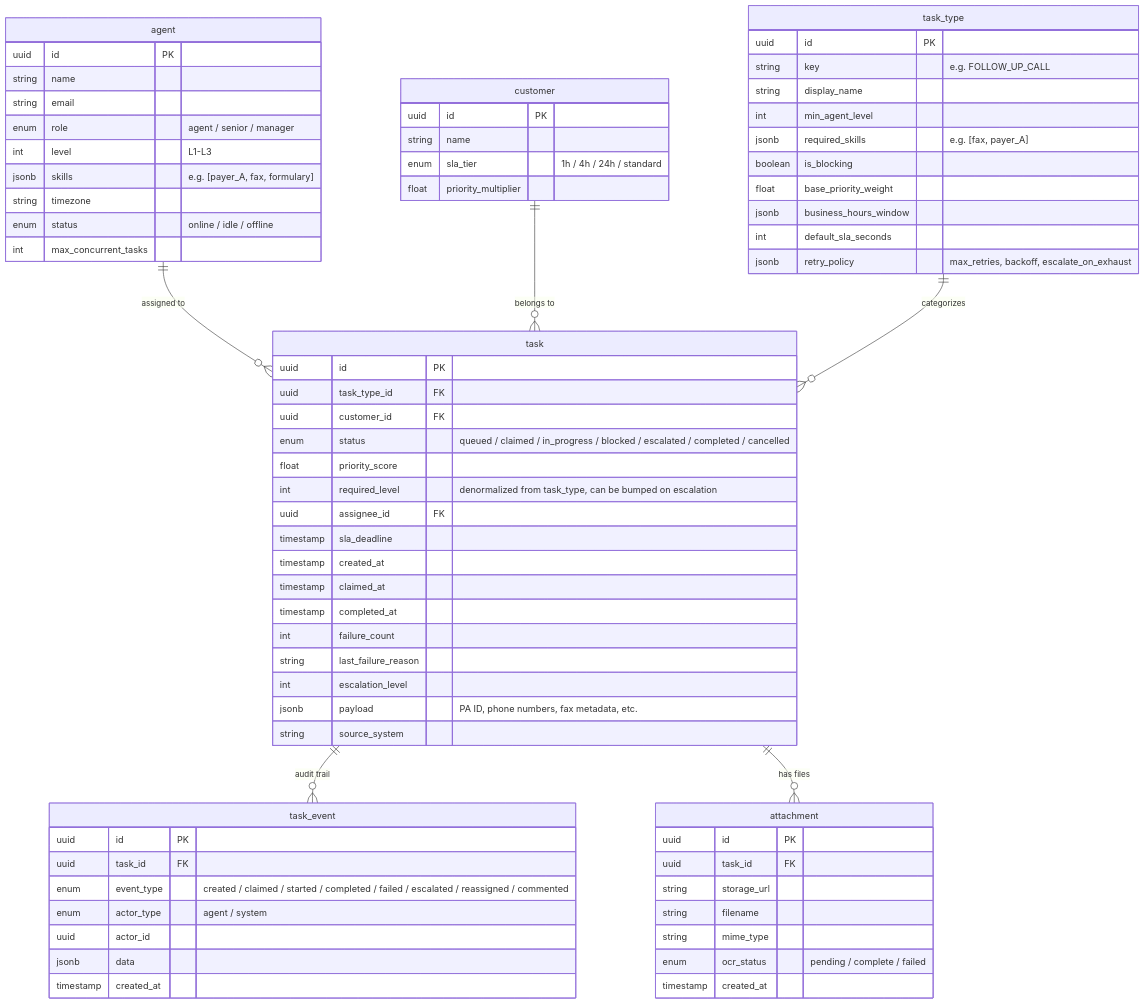
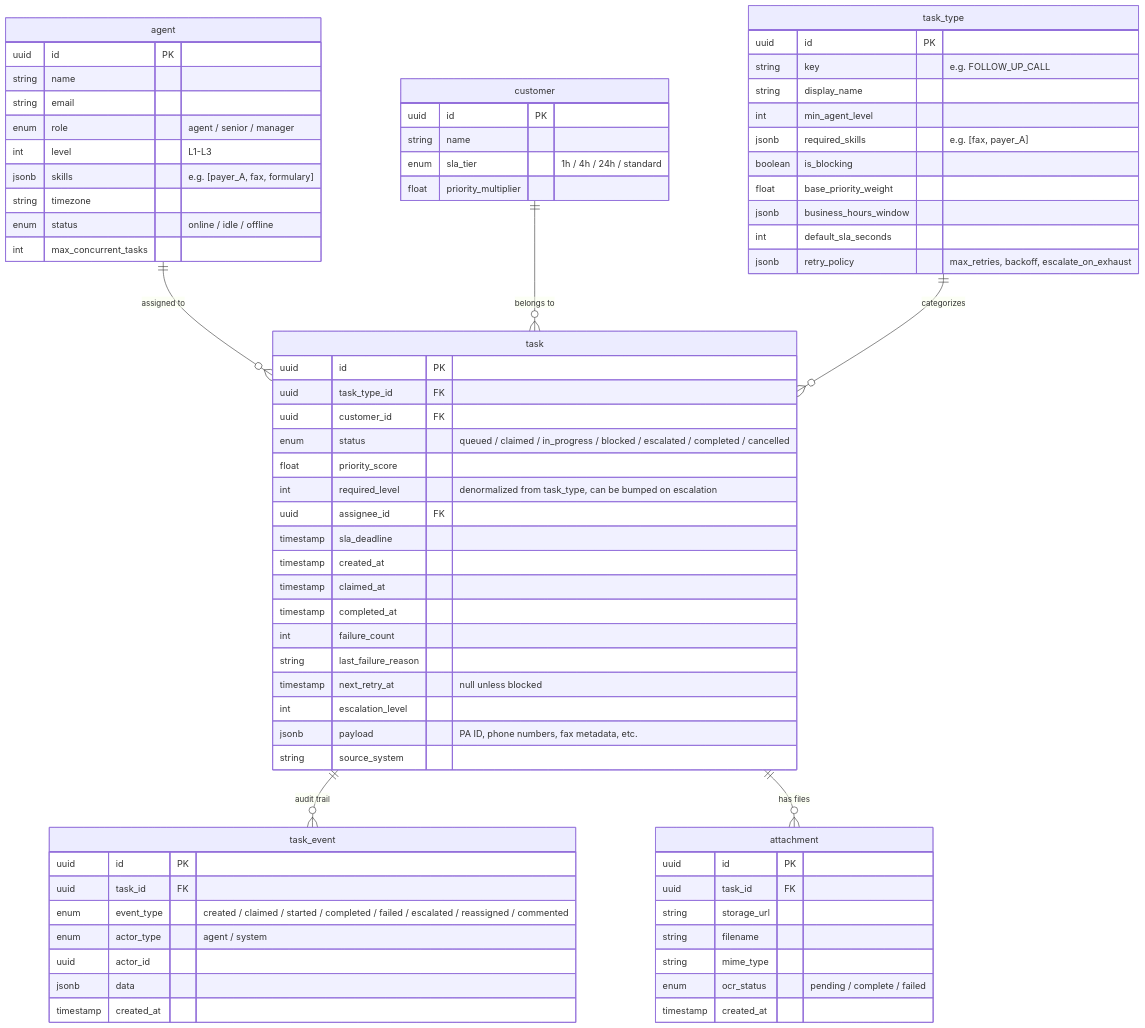
The third of 4 diagrams in 2026-03-13-ops-task-management-design.md (oezhouyou/HealthCareAgent), drawn with Mermaid before and after one commit. The commit also changed other lines of this file, not shown here.

````diff
--- a/2026-03-13-ops-task-management-design.md
+++ b/2026-03-13-ops-task-management-design.md
@@ -79,79 +125,80 @@
 ```mermaid
 erDiagram
     agent ||--o{ task : "assigned to"
     customer ||--o{ task : "belongs to"
     task_type ||--o{ task : "categorizes"
     task ||--o{ task_event : "audit trail"
     task ||--o{ attachment : "has files"
 
     agent {
         uuid id PK
         string name
         string email
         enum role "agent / senior / manager"
         int level "L1-L3"
         jsonb skills "e.g. [payer_A, fax, formulary]"
         string timezone
         enum status "online / idle / offline"
         int max_concurrent_tasks
     }
 
     customer {
         uuid id PK
         string name
         enum sla_tier "1h / 4h / 24h / standard"
         float priority_multiplier
     }
 
     task_type {
         uuid id PK
         string key "e.g. FOLLOW_UP_CALL"
         string display_name
         int min_agent_level
         jsonb required_skills "e.g. [fax, payer_A]"
         boolean is_blocking
         float base_priority_weight
         jsonb business_hours_window
         int default_sla_seconds
         jsonb retry_policy "max_retries, backoff, escalate_on_exhaust"
     }
 
     task {
         uuid id PK
         uuid task_type_id FK
         uuid customer_id FK
         enum status "queued / claimed / in_progress / blocked / escalated / completed / cancelled"
         float priority_score
         int required_level "denormalized from task_type, can be bumped on escalation"
         uuid assignee_id FK
         timestamp sla_deadline
         timestamp created_at
         timestamp claimed_at
         timestamp completed_at
         int failure_count
         string last_failure_reason
+        timestamp next_retry_at "null unless blocked"
         int escalation_level
         jsonb payload "PA ID, phone numbers, fax metadata, etc."
         string source_system
     }
 
     task_event {
         uuid id PK
         uuid task_id FK
         enum event_type "created / claimed / started / completed / failed / escalated / reassigned / commented"
         enum actor_type "agent / system"
         uuid actor_id
         jsonb data
         timestamp created_at
     }
 
     attachment {
         uuid id PK
         uuid task_id FK
         string storage_url
         string filename
         string mime_type
         enum ocr_status "pending / complete / failed"
         timestamp created_at
     }
 ```
````
